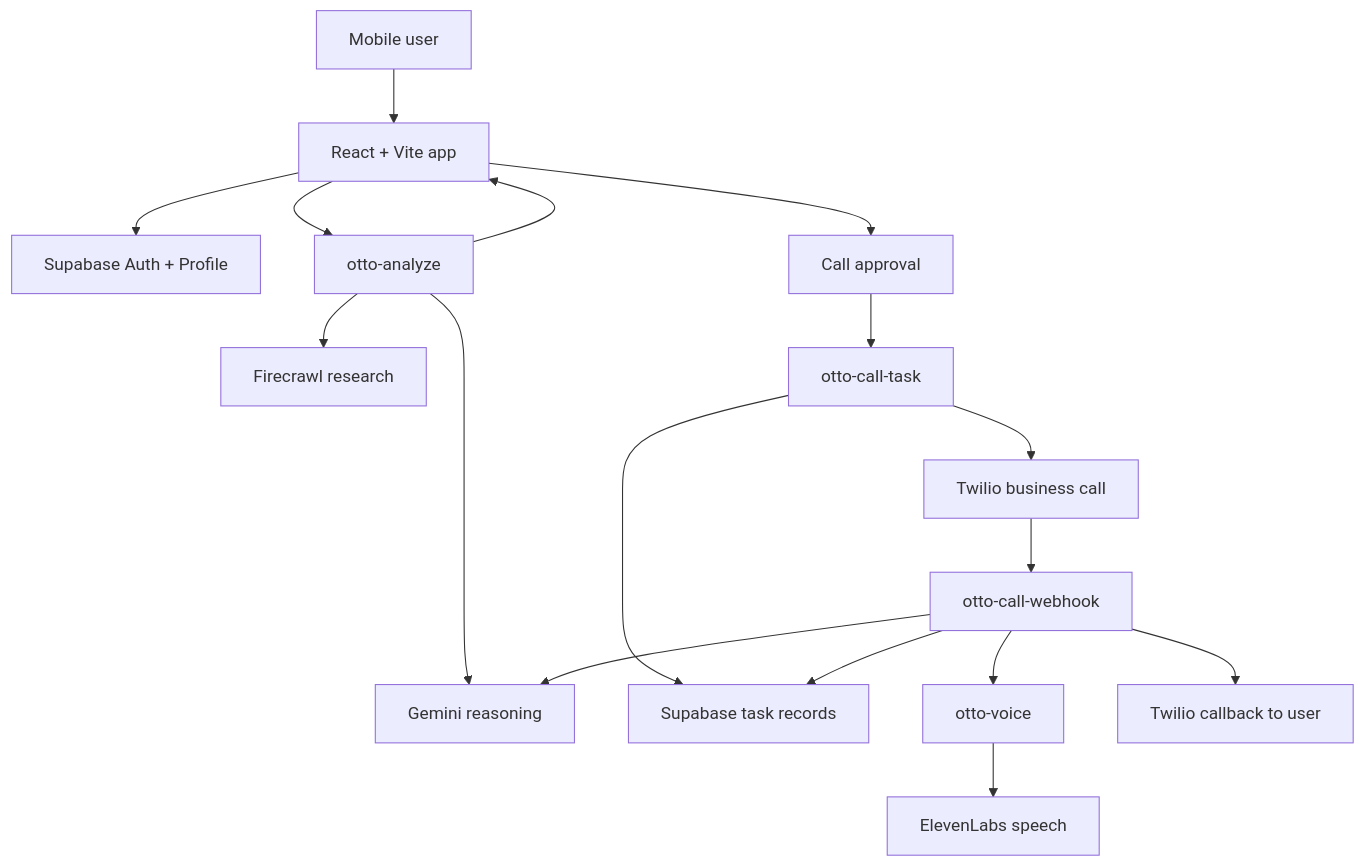
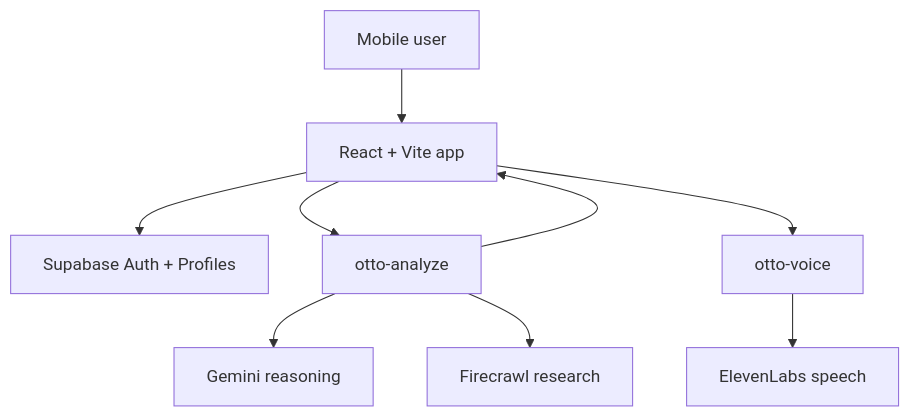
One commit to Manoj7ar/Otto changed the diagram in README.md. Above: the diagram before and after it, drawn with Mermaid. The commit also changed other lines of this file and 30 other files, not shown here.

````diff
--- a/README.md
+++ b/README.md
@@ -92,20 +64,11 @@
 ```mermaid
 flowchart TD
     A[Mobile user] --> B[React + Vite app]
-    B --> C[Supabase Auth + Profile]
+    B --> C[Supabase Auth + Profiles]
     B --> D[otto-analyze]
     D --> E[Gemini reasoning]
     D --> F[Firecrawl research]
     D --> B
-
-    B --> G[Call approval]
-    G --> H[otto-call-task]
-    H --> I[Supabase task records]
-    H --> J[Twilio business call]
-    J --> K[otto-call-webhook]
-    K --> E
-    K --> I
-    K --> L[otto-voice]
-    L --> M[ElevenLabs speech]
-    K --> N[Twilio callback to user]
+    B --> G[otto-voice]
+    G --> H[ElevenLabs speech]
 ```
````
